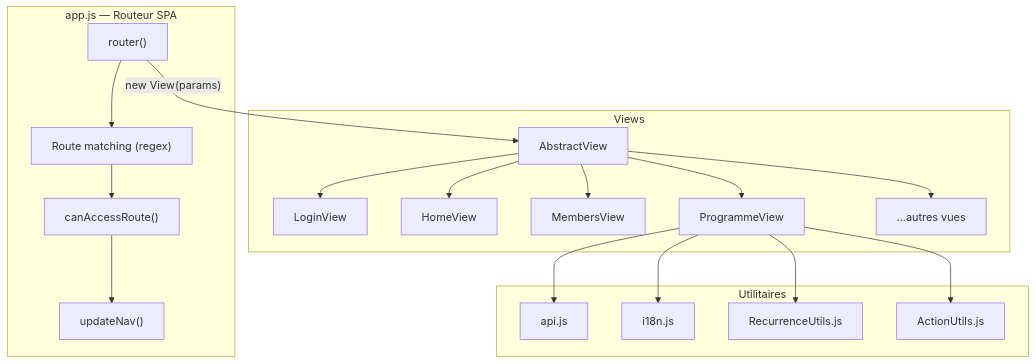
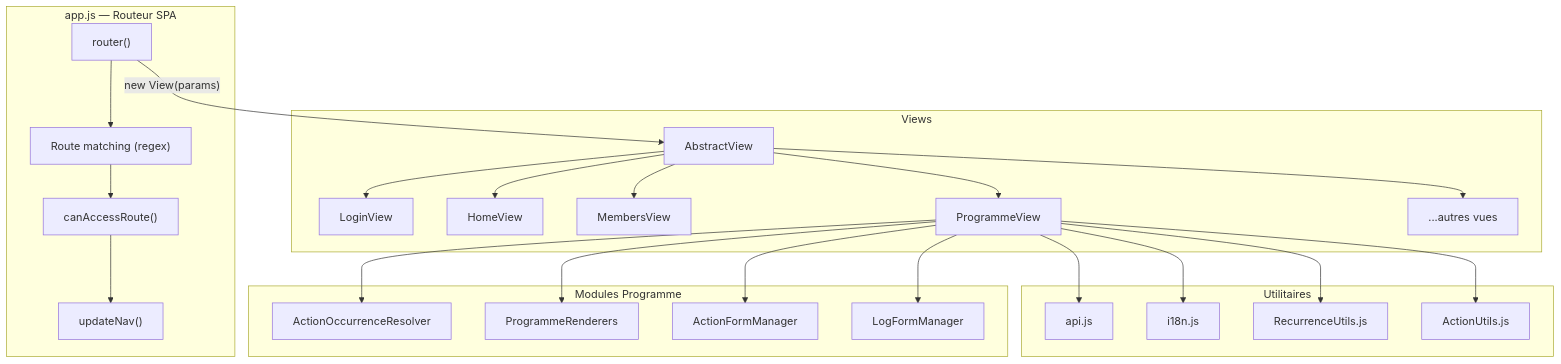
Before and after one commit to IlyaDiallo/fedeeji: the fifth of 6 diagrams in ARCHITECTURE.md, drawn with Mermaid. The commit also changed other lines of this file and 6 other files, not shown here.

````diff
--- a/ARCHITECTURE.md
+++ b/ARCHITECTURE.md
@@ -198,40 +202,51 @@
 ```mermaid
 graph TB
     subgraph "app.js — Routeur SPA"
         ROUTER["router()"]
         MATCH["Route matching (regex)"]
         PERMS["canAccessRoute()"]
         NAV["updateNav()"]
     end
 
     subgraph "Views"
         AV["AbstractView"]
         LV["LoginView"]
         HV["HomeView"]
         MV["MembersView"]
         PV["ProgrammeView"]
         OTHER["...autres vues"]
 
         AV --> LV
         AV --> HV
         AV --> MV
         AV --> PV
         AV --> OTHER
     end
 
     subgraph "Utilitaires"
         API["api.js"]
         I18N["i18n.js"]
         REC["RecurrenceUtils.js"]
         ACT["ActionUtils.js"]
     end
 
+    subgraph "Modules Programme"
+        AOR["ActionOccurrenceResolver"]
+        PR["ProgrammeRenderers"]
+        AFM["ActionFormManager"]
+        LFM["LogFormManager"]
+    end
+
     ROUTER --> MATCH
     MATCH --> PERMS
     PERMS --> NAV
     ROUTER --> |"new View(params)"| AV
     PV --> API
     PV --> REC
     PV --> ACT
     PV --> I18N
+    PV --> AOR
+    PV --> PR
+    PV --> AFM
+    PV --> LFM
 ```
````
